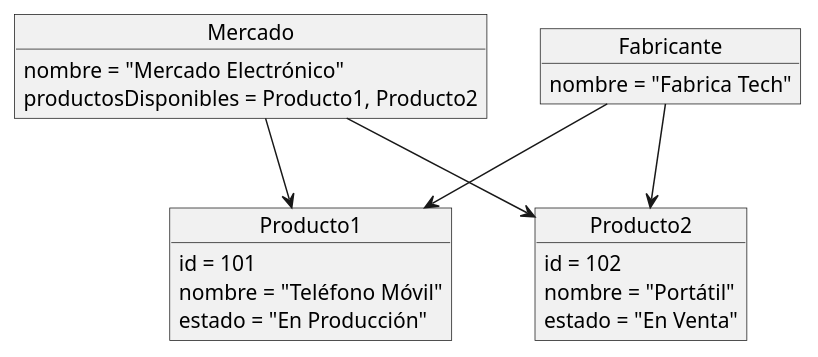
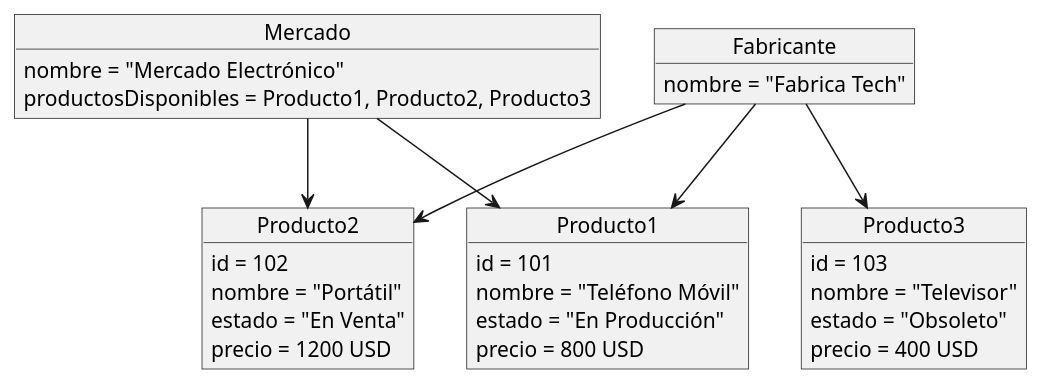
One commit to mmasias/24-25-IdSw1 changed the diagram in entregas/perezAdrian/reto01/CicloDeVida/ObjetosVida.puml. Above: the diagram before and after it, drawn with PlantUML. The commit also changed 1 other file, not shown here.

Commit message:
Añadido precio al diagrama de objetos de Ciclo de Vida

```diff
--- a/entregas/perezAdrian/reto01/CicloDeVida/ObjetosVida.puml
+++ b/entregas/perezAdrian/reto01/CicloDeVida/ObjetosVida.puml
@@ -1,27 +1,38 @@
 @startuml
 object Producto1 {
   id = 101
   nombre = "Teléfono Móvil"
   estado = "En Producción"
+  precio = 800 USD
 }
 
 object Producto2 {
   id = 102
   nombre = "Portátil"
   estado = "En Venta"
+  precio = 1200 USD
+}
+
+object Producto3 {
+  id = 103
+  nombre = "Televisor"
+  estado = "Obsoleto"
+  precio = 400 USD
 }
 
 object Mercado {
   nombre = "Mercado Electrónico"
-  productosDisponibles = Producto1, Producto2
+  productosDisponibles = Producto1, Producto2, Producto3
 }
 
 object Fabricante {
   nombre = "Fabrica Tech"
 }
 
 Mercado --> Producto1
 Mercado --> Producto2
 Fabricante --> Producto1
 Fabricante --> Producto2
+Fabricante --> Producto3
+
 @enduml
```
